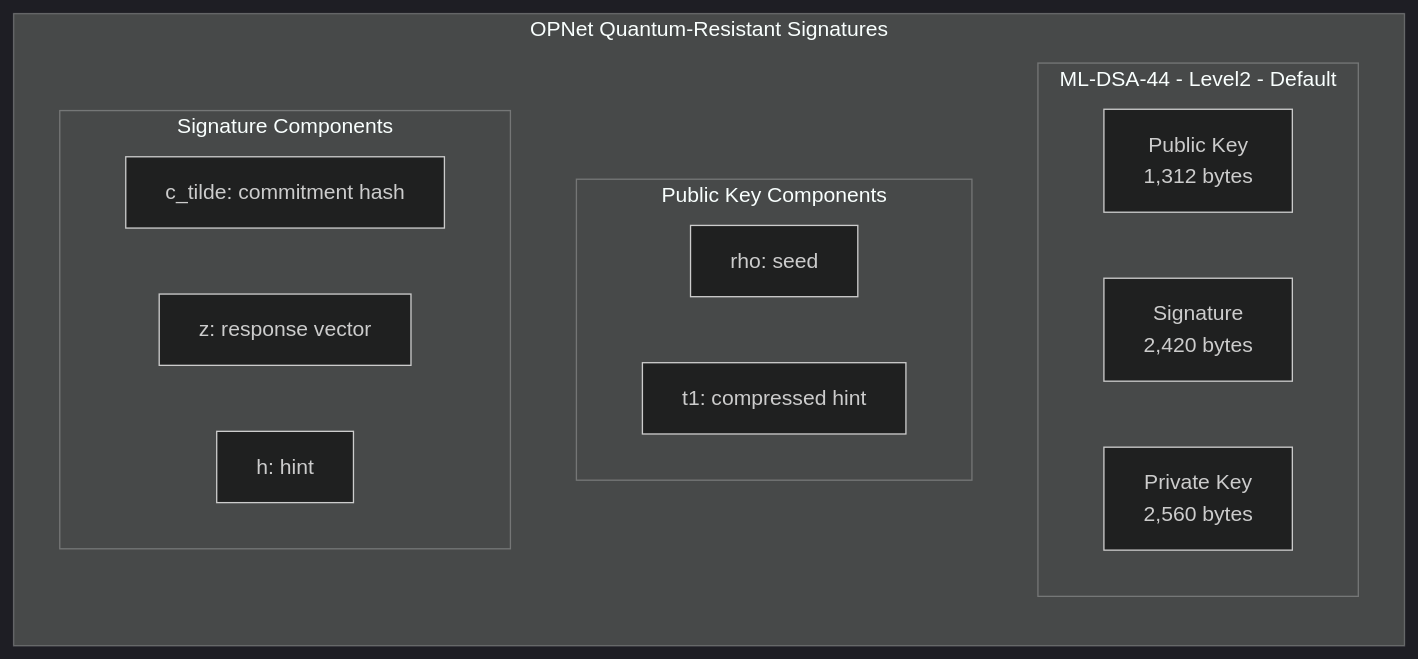
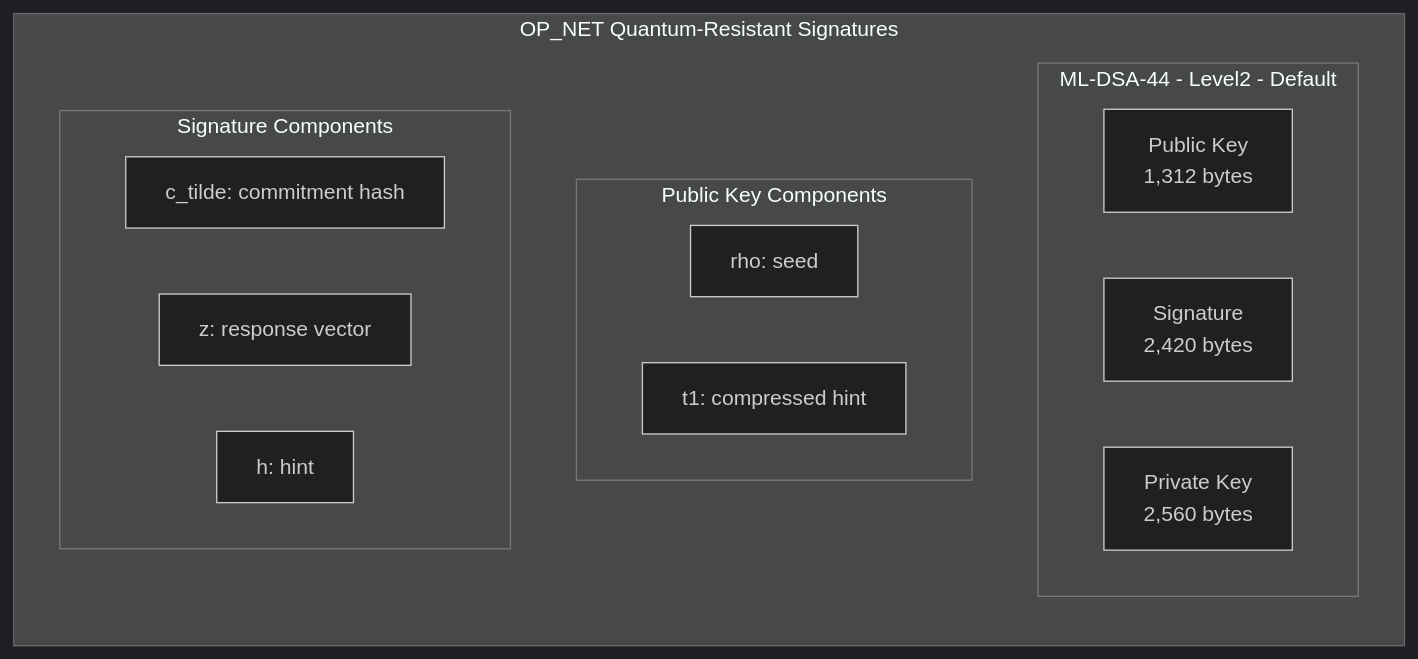
The second of 5 diagrams in docs/advanced/quantum-resistance.md (btc-vision/btc-runtime), drawn with Mermaid before and after one commit. The commit also changed other lines of this file and 46 other files, not shown here.

Commit message:
Change OPNet to OP_NET

````diff
--- a/docs/advanced/quantum-resistance.md
+++ b/docs/advanced/quantum-resistance.md
@@ -106,25 +106,25 @@
 ```mermaid
 ---
 config:
   theme: dark
 ---
 flowchart LR
-    subgraph OPNet["OPNet Quantum-Resistant Signatures"]
+    subgraph OP_NET["OP_NET Quantum-Resistant Signatures"]
         subgraph MLDSA["ML-DSA-44 - Level2 - Default"]
             PK["Public Key<br/>1,312 bytes"]
             SIG["Signature<br/>2,420 bytes"]
             SK["Private Key<br/>2,560 bytes"]
         end
 
         subgraph PKComp["Public Key Components"]
             PK1["rho: seed"]
             PK2["t1: compressed hint"]
         end
 
         subgraph SigComp["Signature Components"]
             SIG1["c_tilde: commitment hash"]
             SIG2["z: response vector"]
             SIG3["h: hint"]
         end
     end
 ```
````
